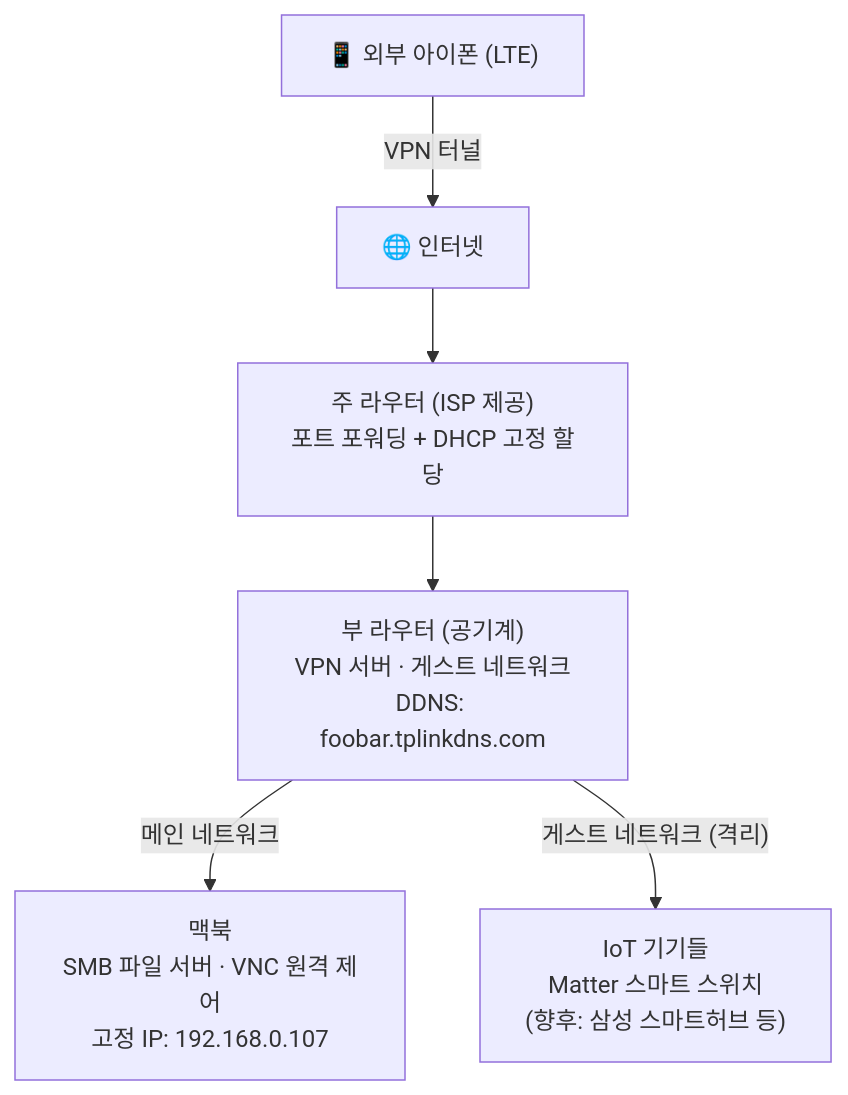
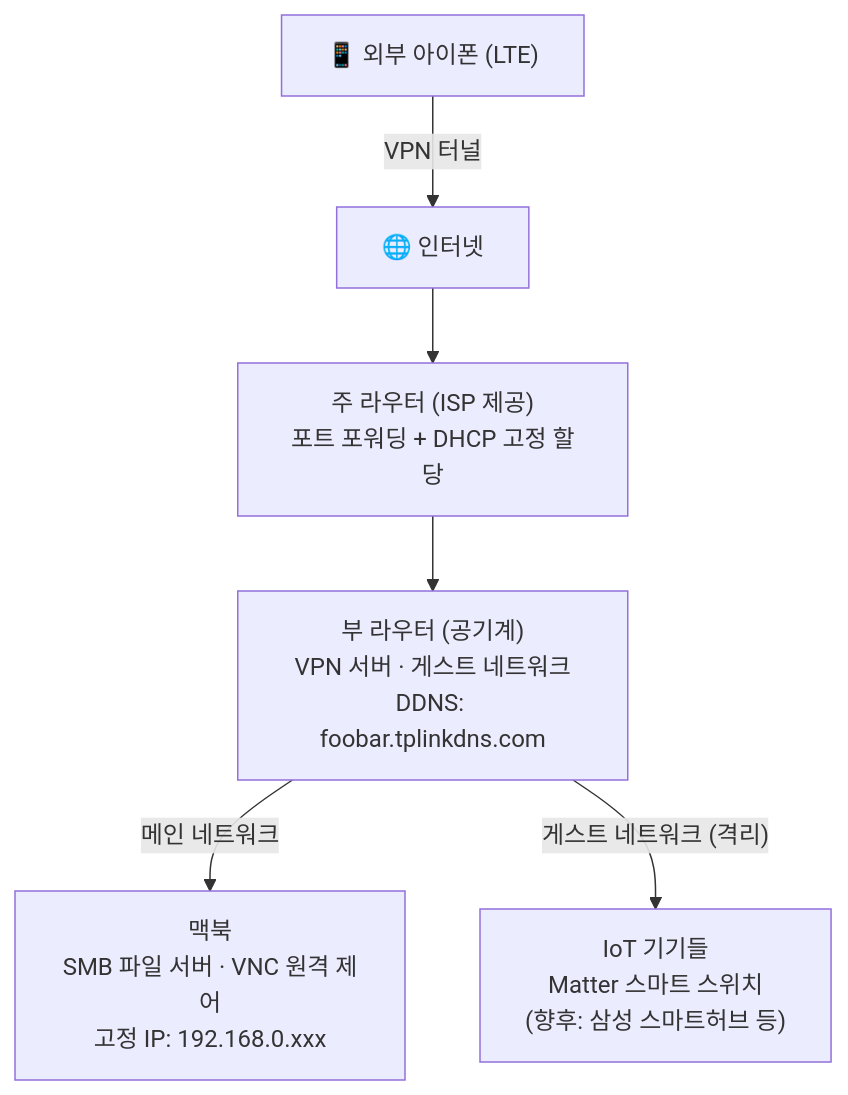
The first of 2 diagrams in content/ko/tech/router-vpn-01.md (samcho0608/samcho0608.github.io), drawn with Mermaid before and after one commit. The commit also changed other lines of this file and 1 other file, not shown here.

````diff
--- a/content/ko/tech/router-vpn-01.md
+++ b/content/ko/tech/router-vpn-01.md
@@ -76,15 +78,15 @@
 ```mermaid
 graph TD
     Internet["🌐 인터넷"]
     LG["주 라우터 (ISP 제공)<br/>포트 포워딩 + DHCP 고정 할당"]
     C6["부 라우터 (공기계)<br/>VPN 서버 · 게스트 네트워크<br/>DDNS: foobar.tplinkdns.com"]
-    MacBook["맥북<br/>SMB 파일 서버 · VNC 원격 제어<br/>고정 IP: 192.168.0.107"]
+    MacBook["맥북<br/>SMB 파일 서버 · VNC 원격 제어<br/>고정 IP: 192.168.0.xxx"]
     IoT["IoT 기기들<br/>Matter 스마트 스위치<br/>(향후: 삼성 스마트허브 등)"]
     Outside["📱 외부 아이폰 (LTE)"]
 
     Internet --> LG
     LG --> C6
     C6 -->|"메인 네트워크"| MacBook
     C6 -->|"게스트 네트워크 (격리)"| IoT
     Outside -->|"VPN 터널"| Internet
 ```
````
